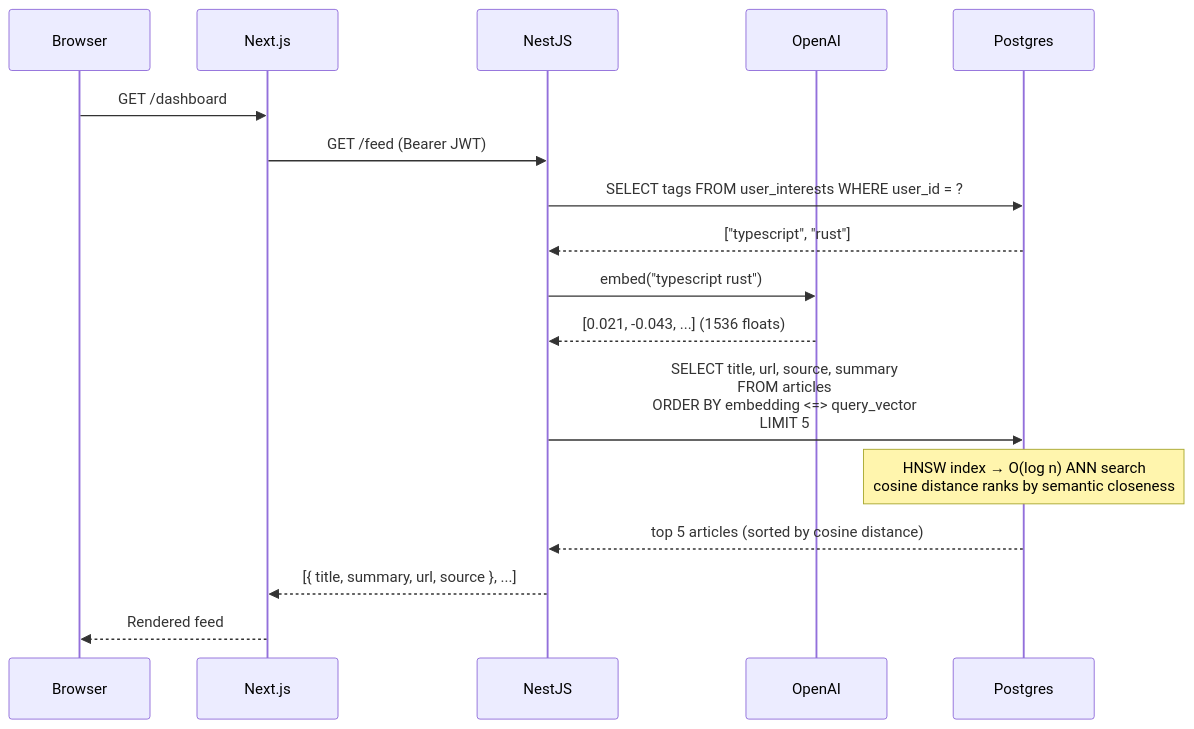
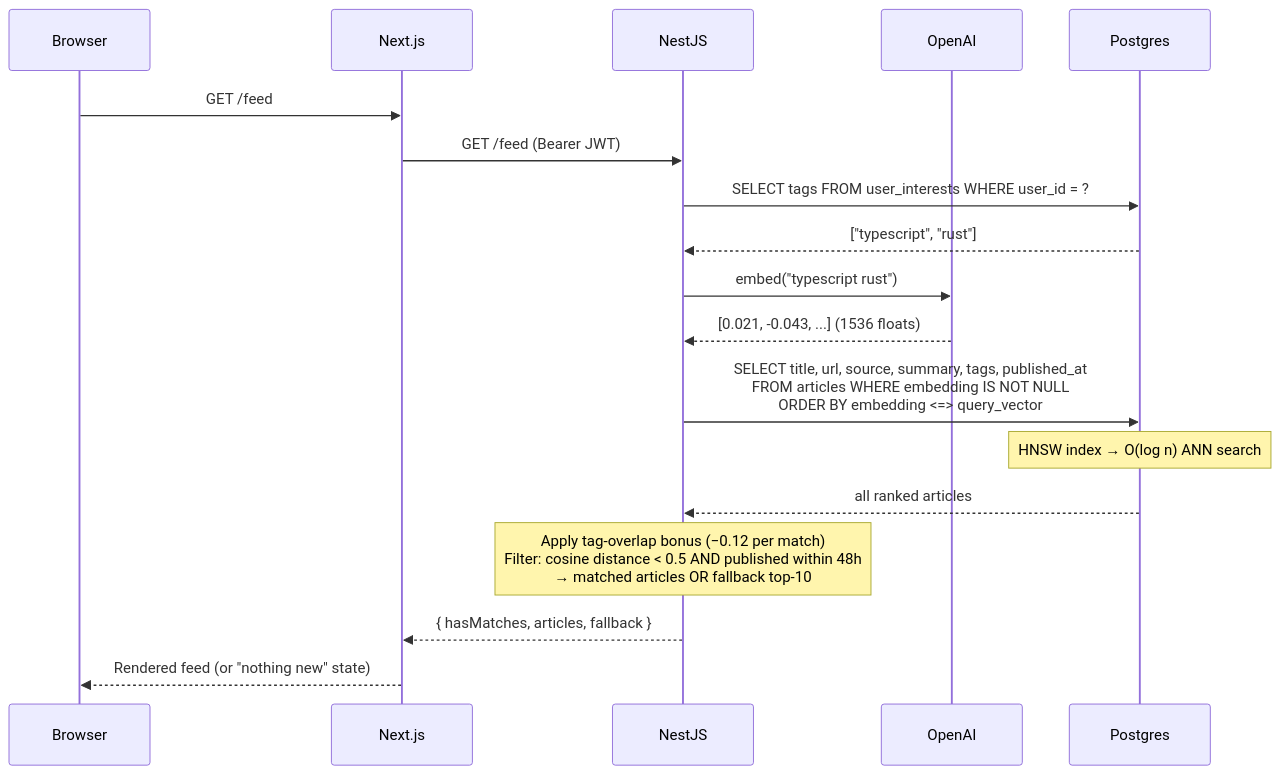
Before and after one commit to johnvesslyalti/inferr: the second of 3 diagrams in README.md, drawn with Mermaid. The commit also changed other lines of this file and 4 other files, not shown here.

First line of the commit message:
docs: overhaul README, Bruno collection, and architecture docs

````diff
--- a/README.md
+++ b/README.md
@@ -145,20 +147,21 @@
 ```mermaid
 sequenceDiagram
     participant Browser
     participant Next.js
     participant NestJS
     participant OpenAI
     participant Postgres
 
-    Browser->>Next.js: GET /dashboard
+    Browser->>Next.js: GET /feed
     Next.js->>NestJS: GET /feed (Bearer JWT)
     NestJS->>Postgres: SELECT tags FROM user_interests WHERE user_id = ?
     Postgres-->>NestJS: ["typescript", "rust"]
     NestJS->>OpenAI: embed("typescript rust")
     OpenAI-->>NestJS: [0.021, -0.043, ...] (1536 floats)
-    NestJS->>Postgres: SELECT title, url, source, summary<br/>FROM articles<br/>ORDER BY embedding <=> query_vector<br/>LIMIT 5
-    Note over Postgres: HNSW index → O(log n) ANN search<br/>cosine distance ranks by semantic closeness
-    Postgres-->>NestJS: top 5 articles (sorted by cosine distance)
-    NestJS-->>Next.js: [{ title, summary, url, source }, ...]
-    Next.js-->>Browser: Rendered feed
+    NestJS->>Postgres: SELECT title, url, source, summary, tags, published_at<br/>FROM articles WHERE embedding IS NOT NULL<br/>ORDER BY embedding <=> query_vector
+    Note over Postgres: HNSW index → O(log n) ANN search
+    Postgres-->>NestJS: all ranked articles
+    Note over NestJS: Apply tag-overlap bonus (−0.12 per match)<br/>Filter: cosine distance < 0.5 AND published within 48h<br/>→ matched articles OR fallback top-10
+    NestJS-->>Next.js: { hasMatches, articles, fallback }
+    Next.js-->>Browser: Rendered feed (or "nothing new" state)
 ```
````
